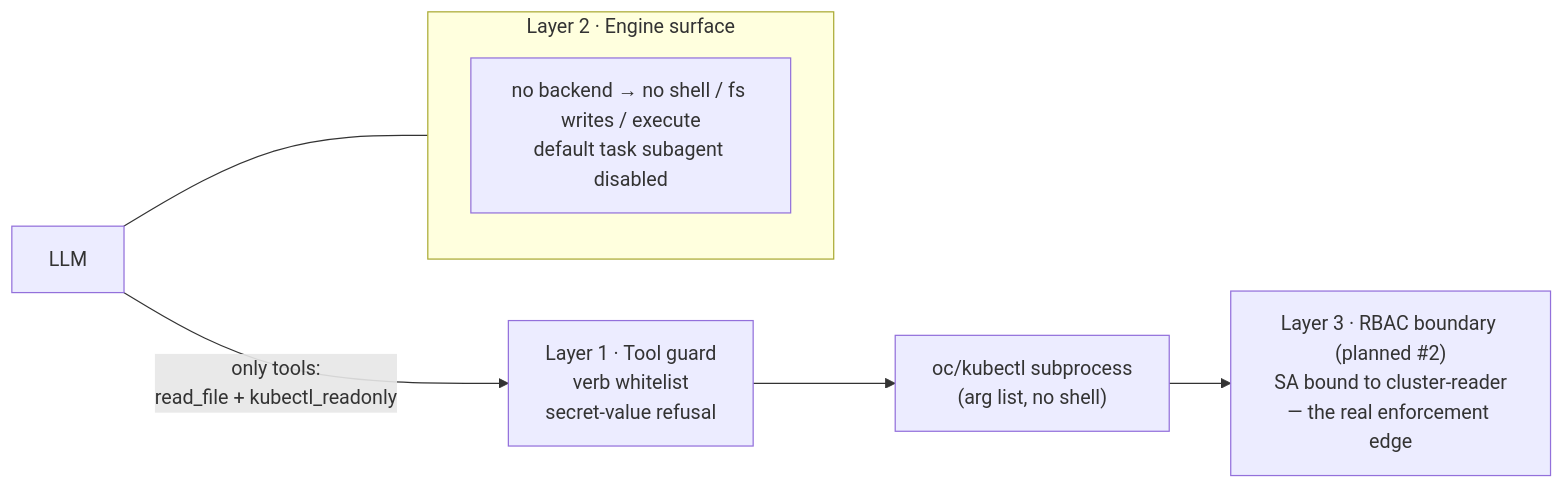
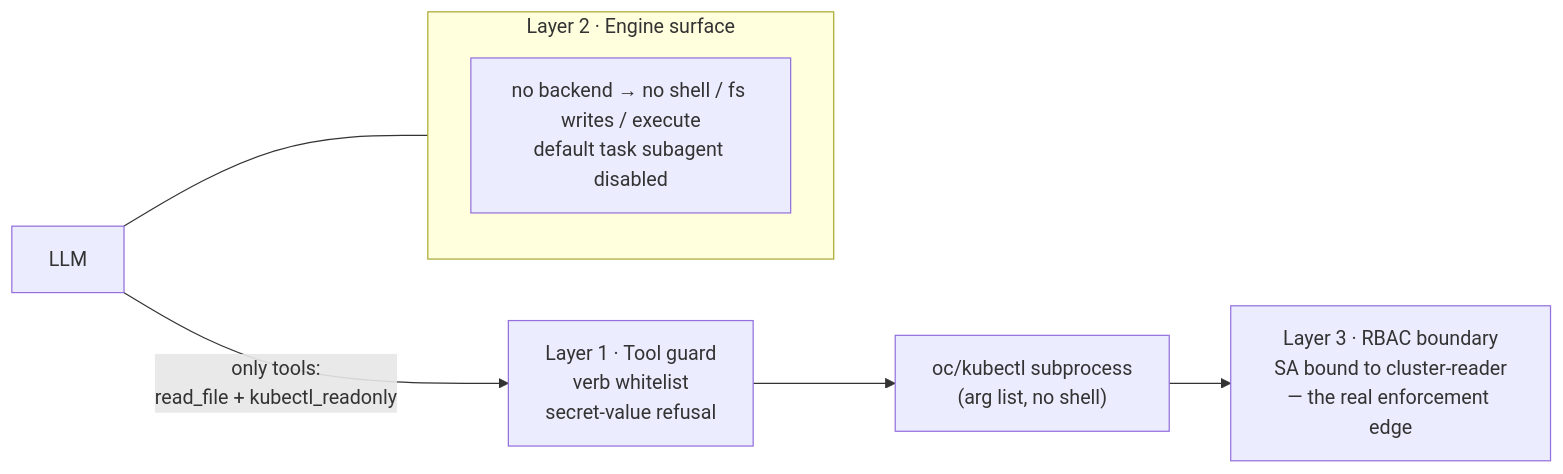
Before and after one commit to thoraxe/ols-patroller: the second of 3 diagrams in ARCHITECTURE.md, drawn with Mermaid. The commit also changed other lines of this file and 15 other files, not shown here.

````diff
--- a/ARCHITECTURE.md
+++ b/ARCHITECTURE.md
@@ -48,10 +48,10 @@
 ```mermaid
 flowchart LR
     M["LLM"] -->|"only tools:<br/>read_file + kubectl_readonly"| G["Layer 1 · Tool guard<br/>verb whitelist<br/>secret-value refusal"]
     G --> CLI["oc/kubectl subprocess<br/>(arg list, no shell)"]
-    CLI --> R["Layer 3 · RBAC boundary (planned #2)<br/>SA bound to cluster-reader<br/>— the real enforcement edge"]
+    CLI --> R["Layer 3 · RBAC boundary<br/>SA bound to cluster-reader<br/>— the real enforcement edge"]
     subgraph E["Layer 2 · Engine surface"]
         T["no backend → no shell / fs writes / execute<br/>default task subagent disabled"]
     end
     M --- E
 ```
````
